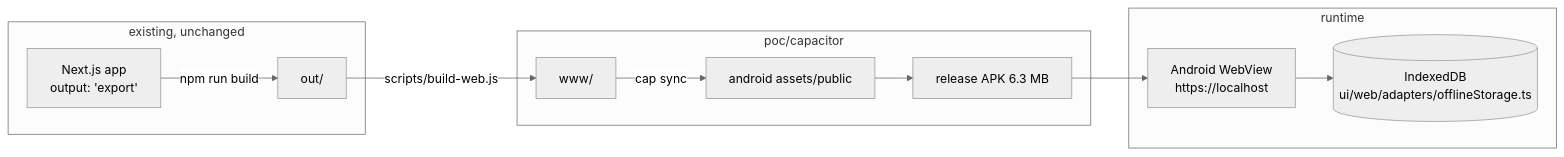
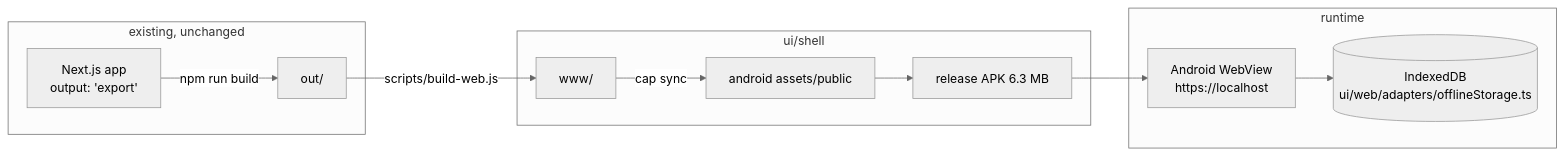
One commit to koreyba/EverFreeNote changed the diagram in docs/ai/analysis/capacitor-shell-poc.md. Above: the diagram before and after it, drawn with Mermaid (neutral theme). The commit also changed other lines of this file and 40 other files, not shown here.

First line of the commit message:
feat(shell): run the web build as an Android app via Capacitor

````diff
--- a/docs/ai/analysis/capacitor-shell-poc.md
+++ b/docs/ai/analysis/capacitor-shell-poc.md
@@ -21,15 +25,15 @@
 ```mermaid
 graph LR
     subgraph "existing, unchanged"
         Next[Next.js app<br/>output: 'export'] -->|npm run build| Out[out/]
     end
-    subgraph "poc/capacitor"
+    subgraph "ui/shell"
         Out -->|scripts/build-web.js| WWW[www/]
         WWW -->|cap sync| Assets[android assets/public]
         Assets --> APK[release APK 6.3 MB]
     end
     subgraph "runtime"
         APK --> WV[Android WebView<br/>https://localhost]
         WV --> IDB[(IndexedDB<br/>ui/web/adapters/offlineStorage.ts)]
     end
 ```
````
